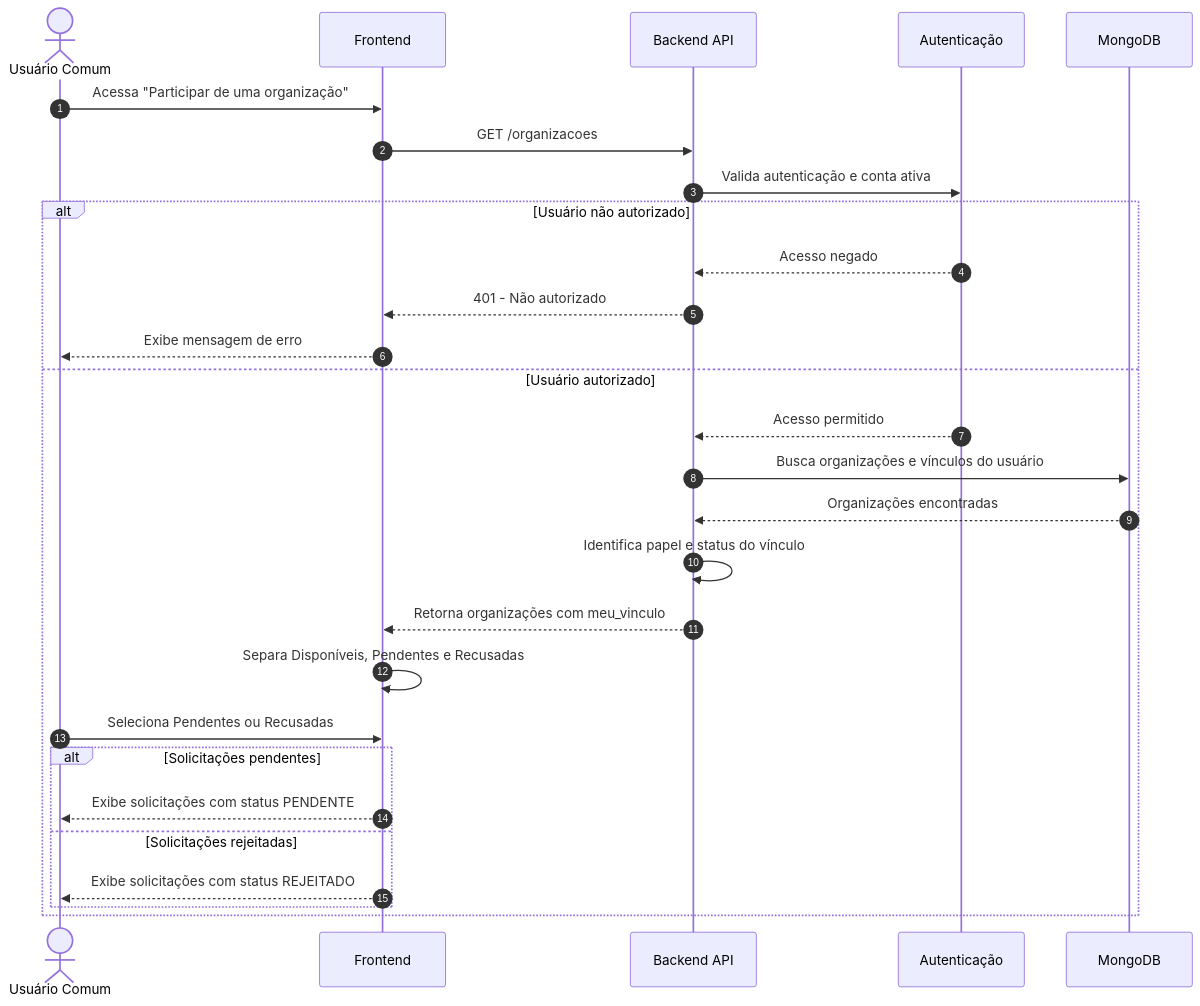
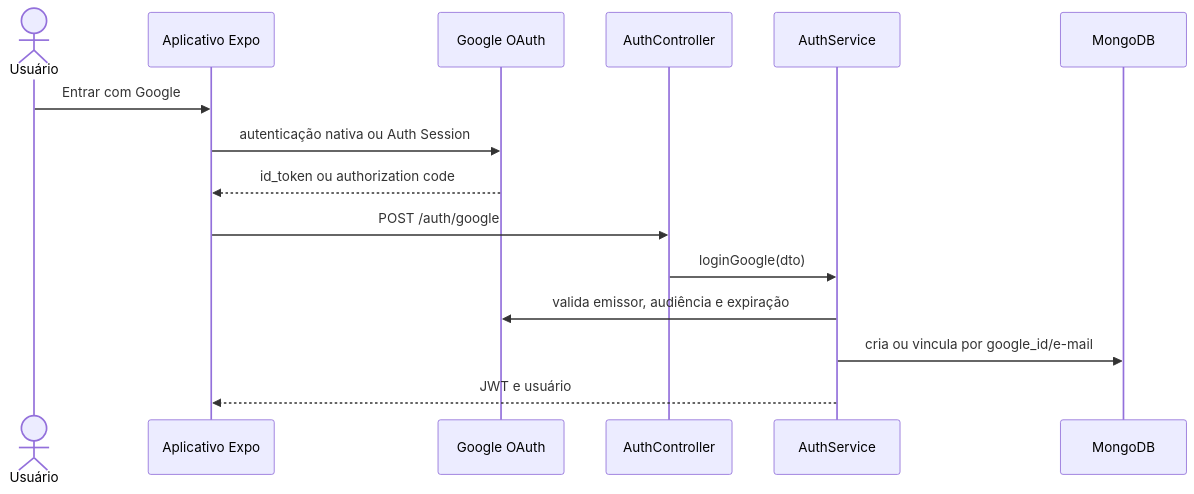
Before and after one commit to Conecta-IFSP/DOCUMENTATION: the third of 7 diagrams in 2 - Incremento1/cadastro-usuario/6 - diagramas-sequencia-cadastro-usuario.md, drawn with Mermaid. The commit also changed other lines of this file and 43 other files, not shown here.

````diff
--- a/2 - Incremento1/cadastro-usuario/6 - diagramas-sequencia-cadastro-usuario.md
+++ b/2 - Incremento1/cadastro-usuario/6 - diagramas-sequencia-cadastro-usuario.md
@@ -169,38 +50,17 @@
 ```mermaid
 sequenceDiagram
-    autonumber
-
-    actor Usuario as Usuário Comum
-    participant Frontend as Frontend
-    participant API as Backend API
-    participant Guards as Autenticação
+    actor U as Usuário
+    participant F as Aplicativo Expo
+    participant G as Google OAuth
+    participant AC as AuthController
+    participant AS as AuthService
     participant DB as MongoDB
-
-    Usuario->>Frontend: Acessa "Participar de uma organização"
-    Frontend->>API: GET /organizacoes
-
-    API->>Guards: Valida autenticação e conta ativa
-
-    alt Usuário não autorizado
-        Guards-->>API: Acesso negado
-        API-->>Frontend: 401 - Não autorizado
-        Frontend-->>Usuario: Exibe mensagem de erro
-    else Usuário autorizado
-        Guards-->>API: Acesso permitido
-        API->>DB: Busca organizações e vínculos do usuário
-        DB-->>API: Organizações encontradas
-
-        API->>API: Identifica papel e status do vínculo
-        API-->>Frontend: Retorna organizações com meu_vinculo
-
-        Frontend->>Frontend: Separa Disponíveis, Pendentes e Recusadas
-
-        Usuario->>Frontend: Seleciona Pendentes ou Recusadas
-
-        alt Solicitações pendentes
-            Frontend-->>Usuario: Exibe solicitações com status PENDENTE
-        else Solicitações rejeitadas
-            Frontend-->>Usuario: Exibe solicitações com status REJEITADO
-        end
-    end
+    U->>F: Entrar com Google
+    F->>G: autenticação nativa ou Auth Session
+    G-->>F: id_token ou authorization code
+    F->>AC: POST /auth/google
+    AC->>AS: loginGoogle(dto)
+    AS->>G: valida emissor, audiência e expiração
+    AS->>DB: cria ou vincula por google_id/e-mail
+    AS-->>F: JWT e usuário
 ```
````
